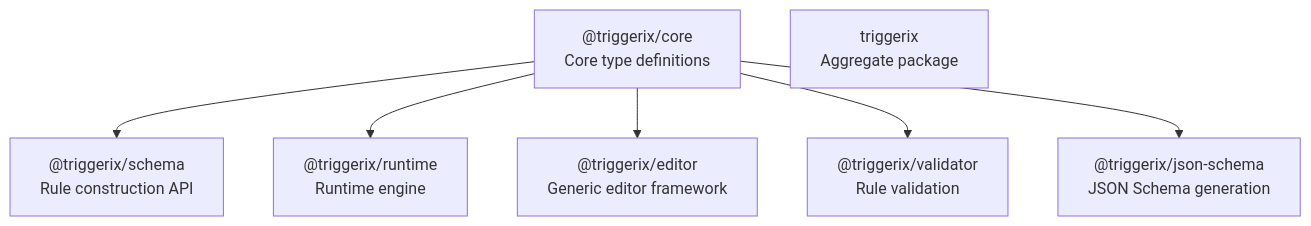
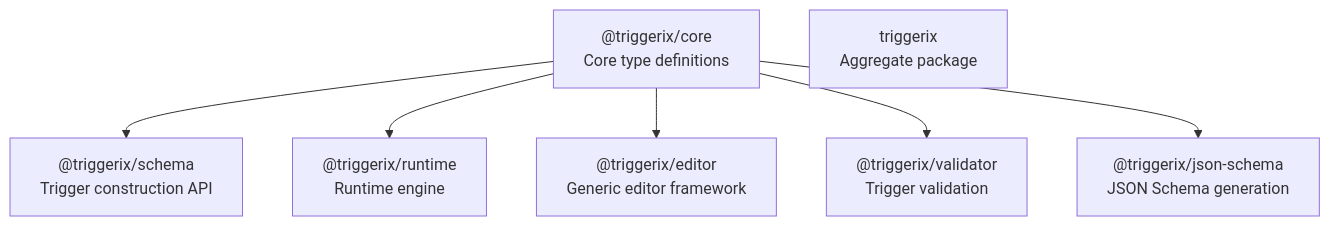
One commit to triggerix-lang/triggerix-lang.github.io changed the first of 4 diagrams in README.md. Above: the diagram before and after it, drawn with Mermaid. The commit also changed other lines of this file and 15 other files, not shown here.

Commit message:
refactor: rename rule to trigger across codebase

````diff
--- a/README.md
+++ b/README.md
@@ -93,10 +93,10 @@
 ```mermaid
 graph TD
     Core["@triggerix/core<br/>Core type definitions"]
-    Core --> Schema["@triggerix/schema<br/>Rule construction API"]
+    Core --> Schema["@triggerix/schema<br/>Trigger construction API"]
     Core --> Runtime["@triggerix/runtime<br/>Runtime engine"]
     Core --> Editor["@triggerix/editor<br/>Generic editor framework"]
-    Core --> Validator["@triggerix/validator<br/>Rule validation"]
+    Core --> Validator["@triggerix/validator<br/>Trigger validation"]
     Core --> JsonSchema["@triggerix/json-schema<br/>JSON Schema generation"]
     Aggregate["triggerix<br/>Aggregate package"]
 ```
````
